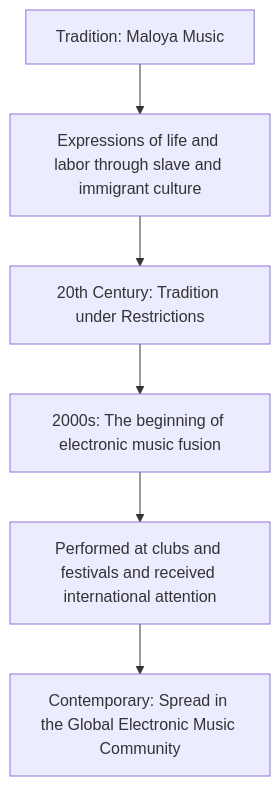
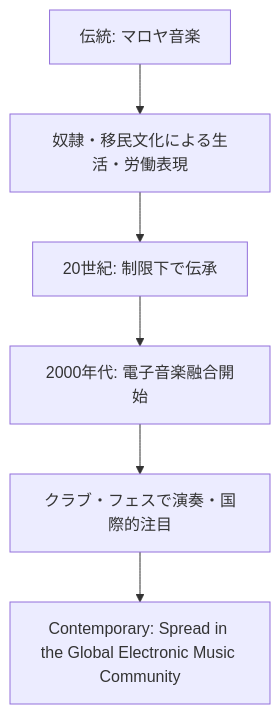
Before and after one commit to monumental-movement/monumental-movement.github.io: the fifth of 6 diagrams in en/_posts/2025-10-04-Column-Nyege-Nyege.md, drawn with Mermaid. The commit also changed other lines of this file and 2196 other files, not shown here.

```diff
--- a/en/_posts/2025-10-04-Column-Nyege-Nyege.md
+++ b/en/_posts/2025-10-04-Column-Nyege-Nyege.md
@@ -249,10 +248,10 @@
 <div class="mermaid">
 
 flowchart TD
-    A["Tradition: Maloya Music"] --> B["Expressions of life and labor through slave and immigrant culture"]
-    B --> C["20th Century: Tradition under Restrictions"]
-    C --> D["2000s: The beginning of electronic music fusion"]
-    D --> E["Performed at clubs and festivals and received international attention"]
+    A["伝統: マロヤ音楽"] --> B["奴隷・移民文化による生活・労働表現"]
+    B --> C["20世紀: 制限下で伝承"]
+    C --> D["2000年代: 電子音楽融合開始"]
+    D --> E["クラブ・フェスで演奏・国際的注目"]
     E --> F["Contemporary: Spread in the Global Electronic Music Community"]
 
 </div>
```
